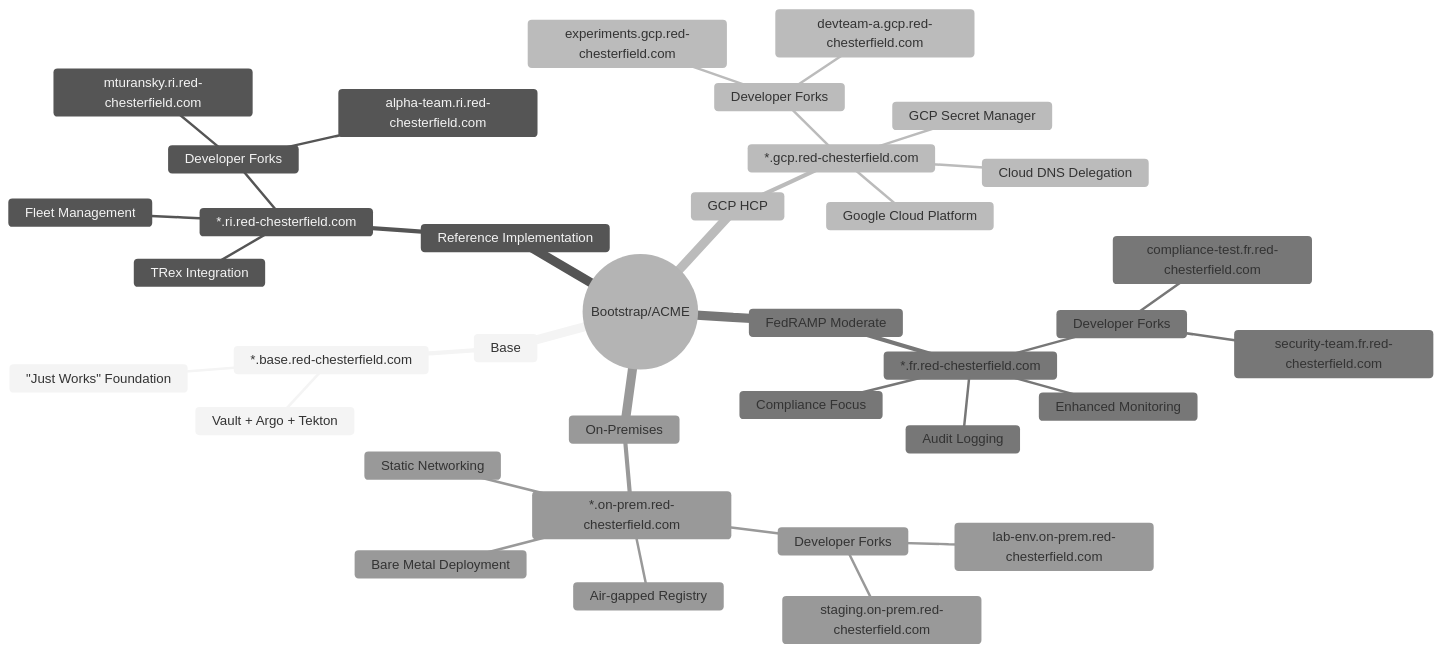
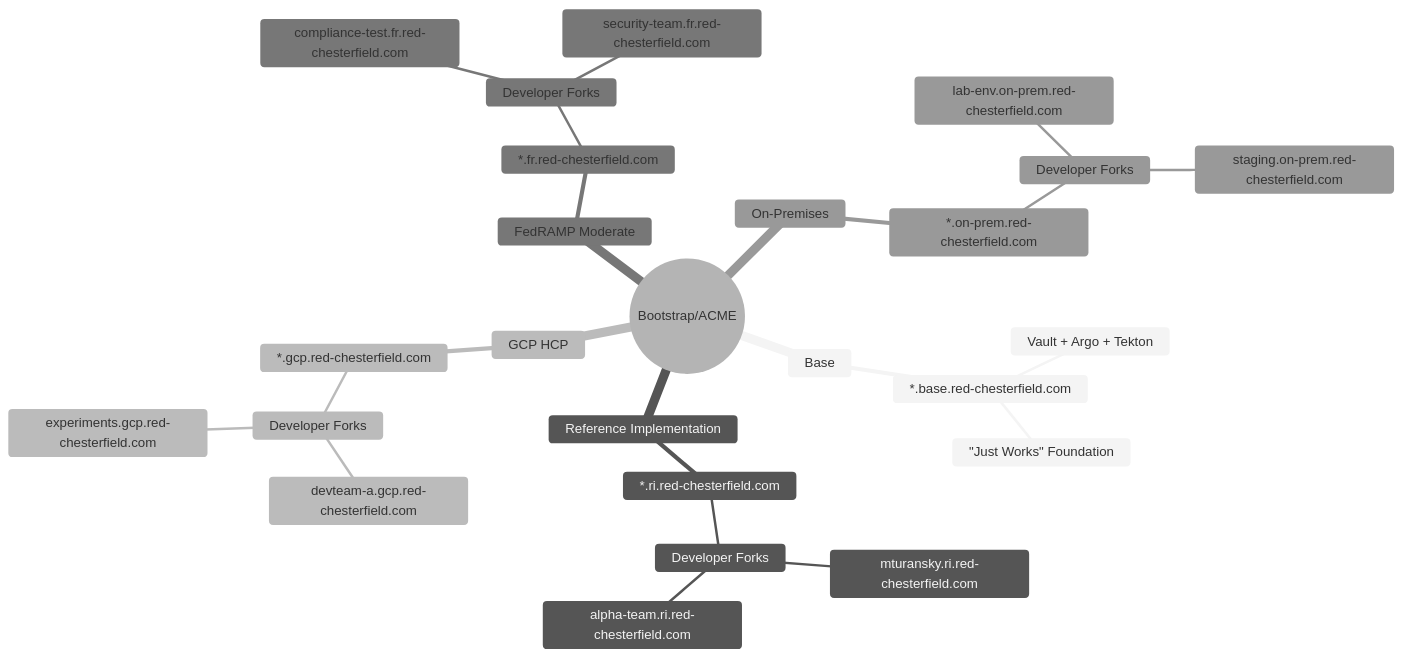
One commit to openshift-online/bootstrap-hyperfleet changed the diagram in docs/reuse.md. Above: the diagram before and after it, drawn with Mermaid (neutral theme).

Commit message:
removes extra forks in mindmap

````diff
--- a/docs/reuse.md
+++ b/docs/reuse.md
@@ -9,43 +9,32 @@
 ```mermaid
 mindmap
   root((Bootstrap/ACME))
     Base
       *.base.red-chesterfield.com
         Vault + Argo + Tekton
         "Just Works" Foundation
     
     Reference Implementation
       *.ri.red-chesterfield.com
-        TRex Integration
-        Fleet Management
         Developer Forks
           mturansky.ri.red-chesterfield.com
           alpha-team.ri.red-chesterfield.com
     
     GCP HCP
       *.gcp.red-chesterfield.com
-        Google Cloud Platform
-        GCP Secret Manager
-        Cloud DNS Delegation
         Developer Forks
           devteam-a.gcp.red-chesterfield.com
           experiments.gcp.red-chesterfield.com
     
     FedRAMP Moderate
       *.fr.red-chesterfield.com
-        Compliance Focus
-        Enhanced Monitoring
-        Audit Logging
         Developer Forks
           compliance-test.fr.red-chesterfield.com
           security-team.fr.red-chesterfield.com
     
     On-Premises
       *.on-prem.red-chesterfield.com
-        Bare Metal Deployment
-        Air-gapped Registry
-        Static Networking
         Developer Forks
           lab-env.on-prem.red-chesterfield.com
           staging.on-prem.red-chesterfield.com
 ```
````
